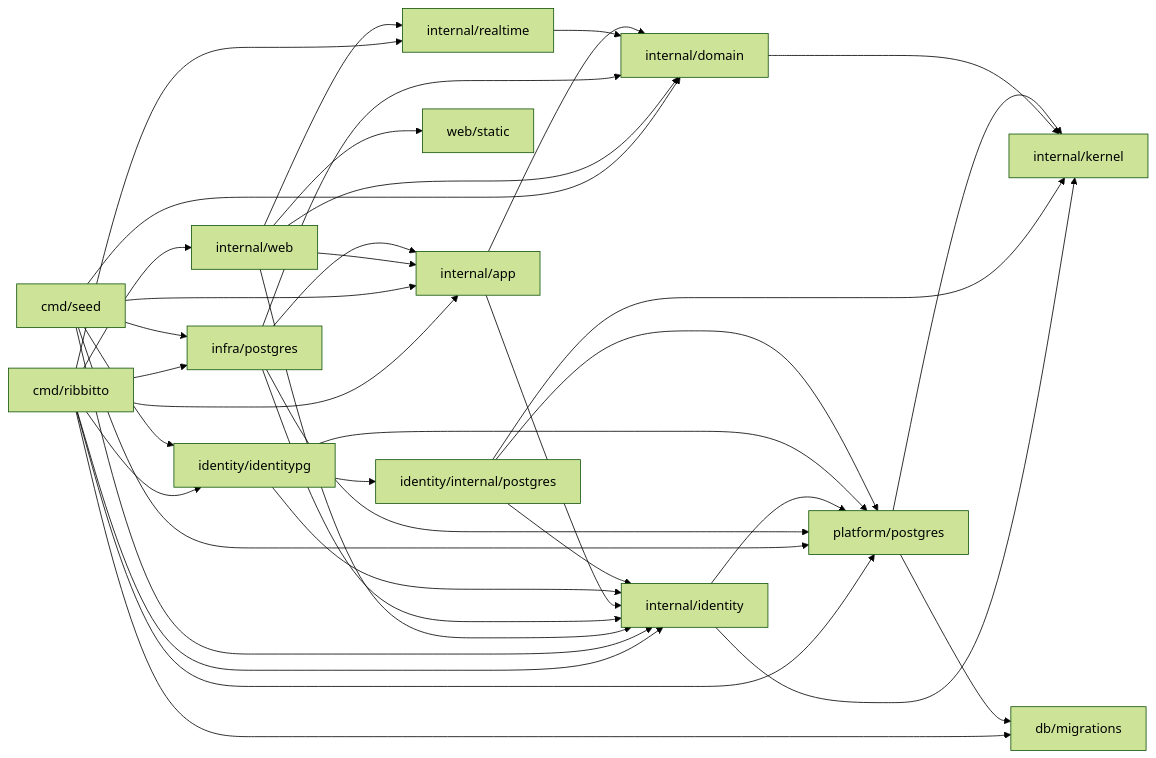
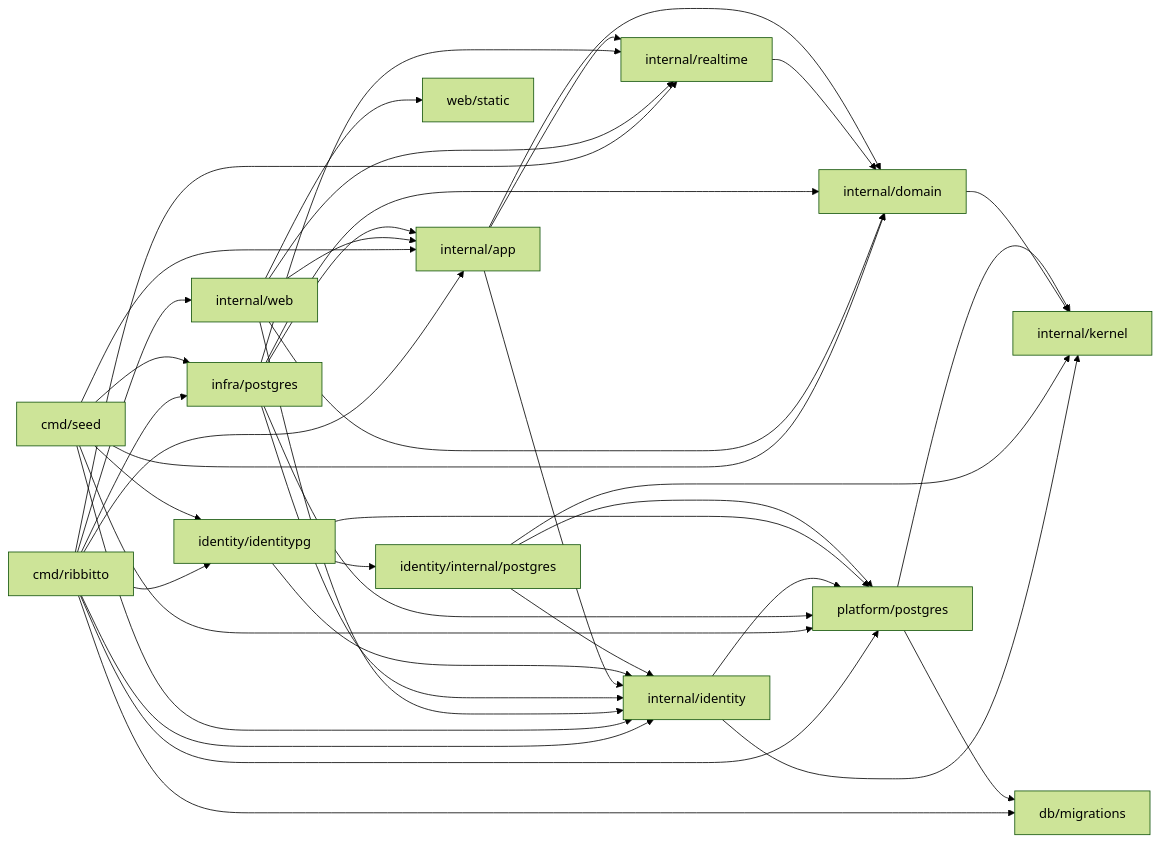
Before and after one commit to tkakkie/ribbitto: the diagram in docs/architecture/packages.md, drawn with Mermaid (forest theme). The commit also changed other lines of this file and 29 other files, not shown here.

First line of the commit message:
refactor(realtime): move the event types from domain into realtime

````diff
--- a/docs/architecture/packages.md
+++ b/docs/architecture/packages.md
@@ -62,14 +62,14 @@
 ```mermaid
 flowchart LR
   cmd[cmd/ribbitto] --> web & app & identity & identitypg[identity/identitypg] & postgres[infra/postgres] & realtime & platform[platform/postgres] & migrations[db/migrations]
   seed[cmd/seed] --> app & identity & identitypg & postgres & platform & domain
   web[internal/web] --> app & identity & domain & realtime & static[web/static]
-  postgres --> app & identity & domain & platform
+  postgres --> app & identity & domain & platform & realtime
   realtime[internal/realtime] --> domain
-  app[internal/app] --> identity & domain[internal/domain]
+  app[internal/app] --> identity & realtime & domain[internal/domain]
   identity[internal/identity] --> kernel & platform
   identitypg --> identity & store[identity/internal/postgres] & platform
   store --> identity & platform & kernel
   domain --> kernel[internal/kernel]
   platform --> kernel & migrations
 ```
````
